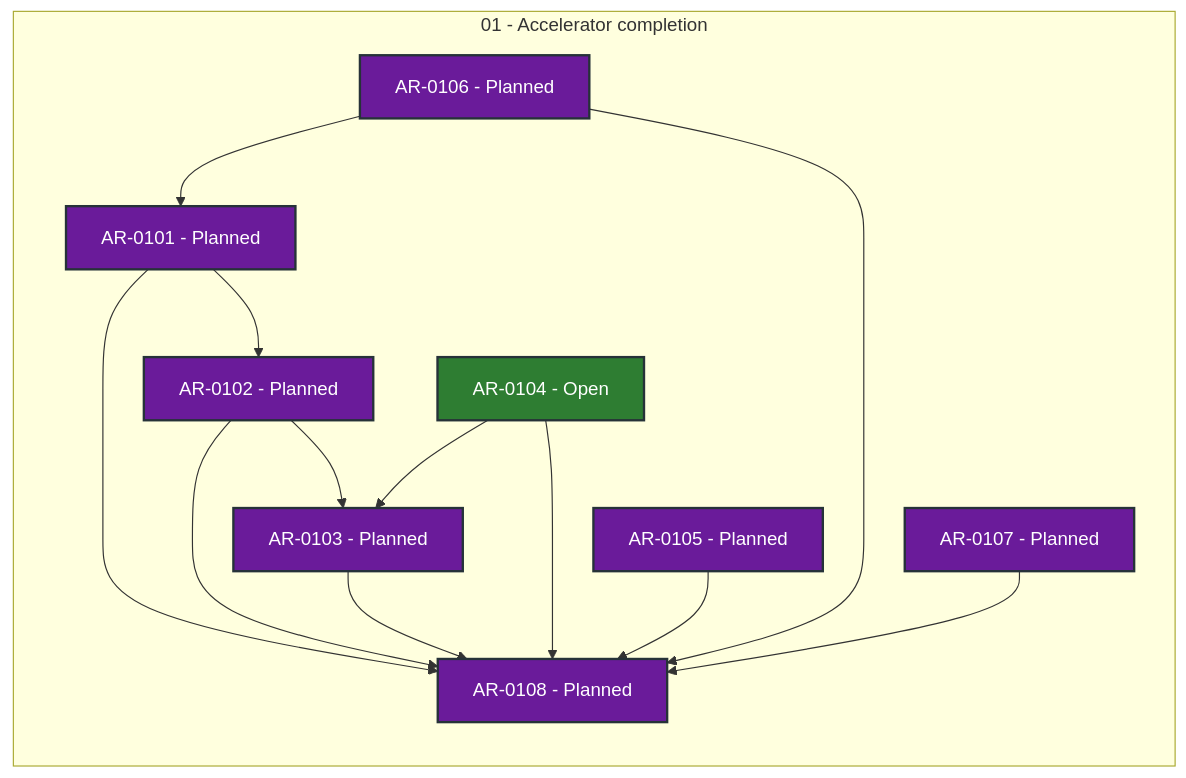
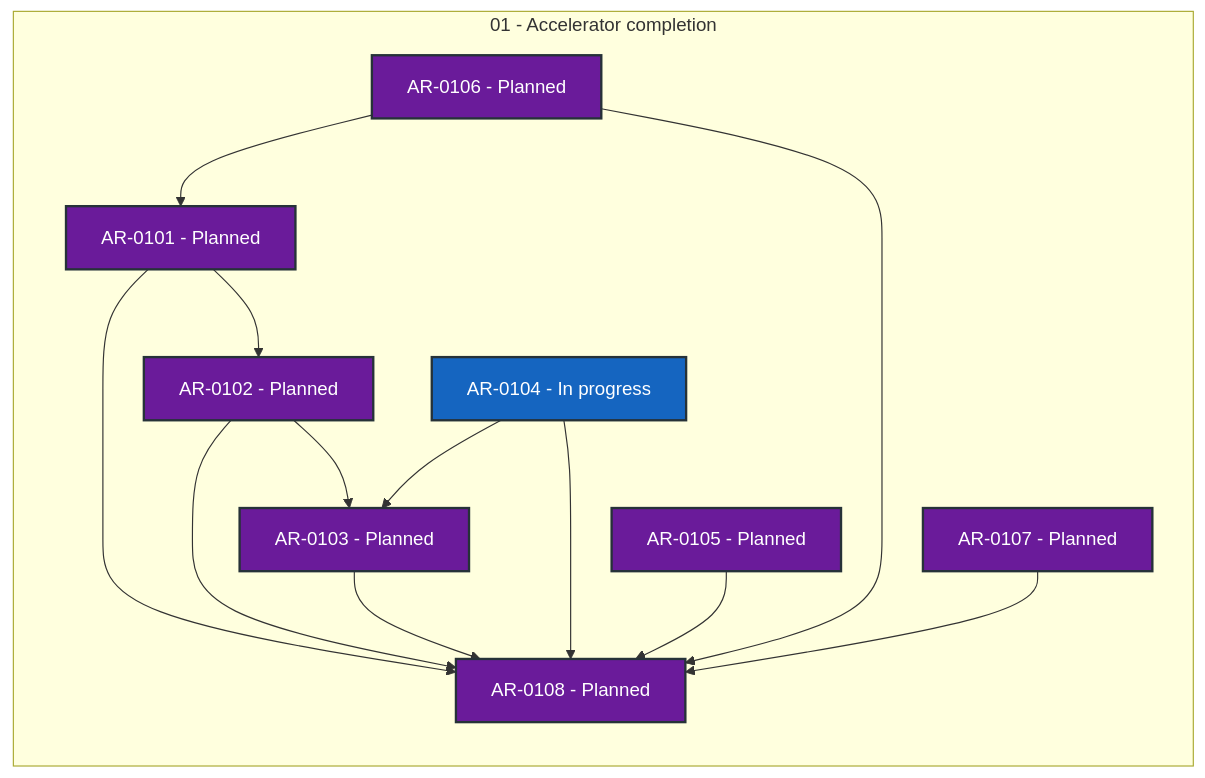
Before and after one commit to locutus3009/exgame: the diagram in coordination/STATUS.md, drawn with Mermaid. The commit also changed other lines of this file and 2 other files, not shown here.

````diff
--- a/coordination/STATUS.md
+++ b/coordination/STATUS.md
@@ -28,34 +28,34 @@
 ```mermaid
 flowchart LR
     subgraph series_01["01 - Accelerator completion"]
         direction TB
         AR_0101["AR-0101 - Planned"]:::status_planned
         AR_0102["AR-0102 - Planned"]:::status_planned
         AR_0103["AR-0103 - Planned"]:::status_planned
-        AR_0104["AR-0104 - Open"]:::status_open
+        AR_0104["AR-0104 - In progress"]:::status_in_progress
         AR_0105["AR-0105 - Planned"]:::status_planned
         AR_0106["AR-0106 - Planned"]:::status_planned
         AR_0107["AR-0107 - Planned"]:::status_planned
         AR_0108["AR-0108 - Planned"]:::status_planned
     end
     AR_0101 --> AR_0102
     AR_0101 --> AR_0108
     AR_0102 --> AR_0103
     AR_0102 --> AR_0108
     AR_0103 --> AR_0108
     AR_0104 --> AR_0103
     AR_0104 --> AR_0108
     AR_0105 --> AR_0108
     AR_0106 --> AR_0101
     AR_0106 --> AR_0108
     AR_0107 --> AR_0108
     classDef status_in_progress fill:#1565c0,color:#ffffff,stroke:#263238,stroke-width:2px
     classDef status_in_review fill:#ad1457,color:#ffffff,stroke:#263238,stroke-width:2px
     classDef status_open fill:#2e7d32,color:#ffffff,stroke:#263238,stroke-width:2px
     classDef status_blocked fill:#c62828,color:#ffffff,stroke:#263238,stroke-width:2px
     classDef status_planned fill:#6a1b9a,color:#ffffff,stroke:#263238,stroke-width:2px
     classDef status_future fill:#455a64,color:#ffffff,stroke:#263238,stroke-width:2px
     classDef status_done fill:#00695c,color:#ffffff,stroke:#263238,stroke-width:2px
     classDef status_cancelled fill:#616161,color:#ffffff,stroke:#263238,stroke-width:2px
     classDef status_superseded fill:#5d4037,color:#ffffff,stroke:#263238,stroke-width:2px
 ```
````
